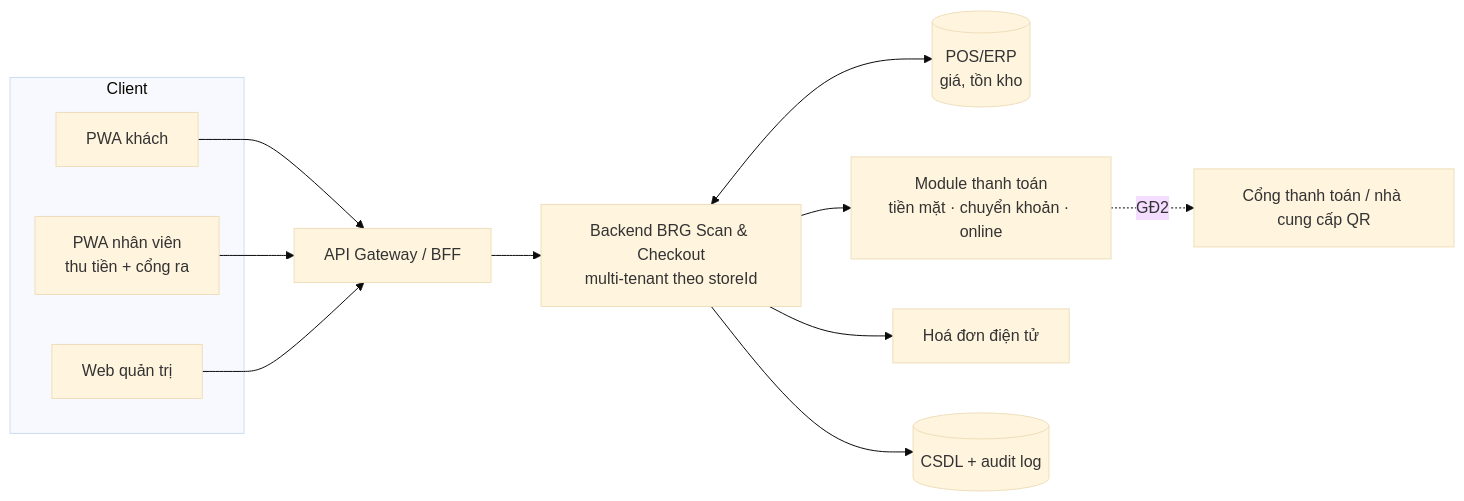
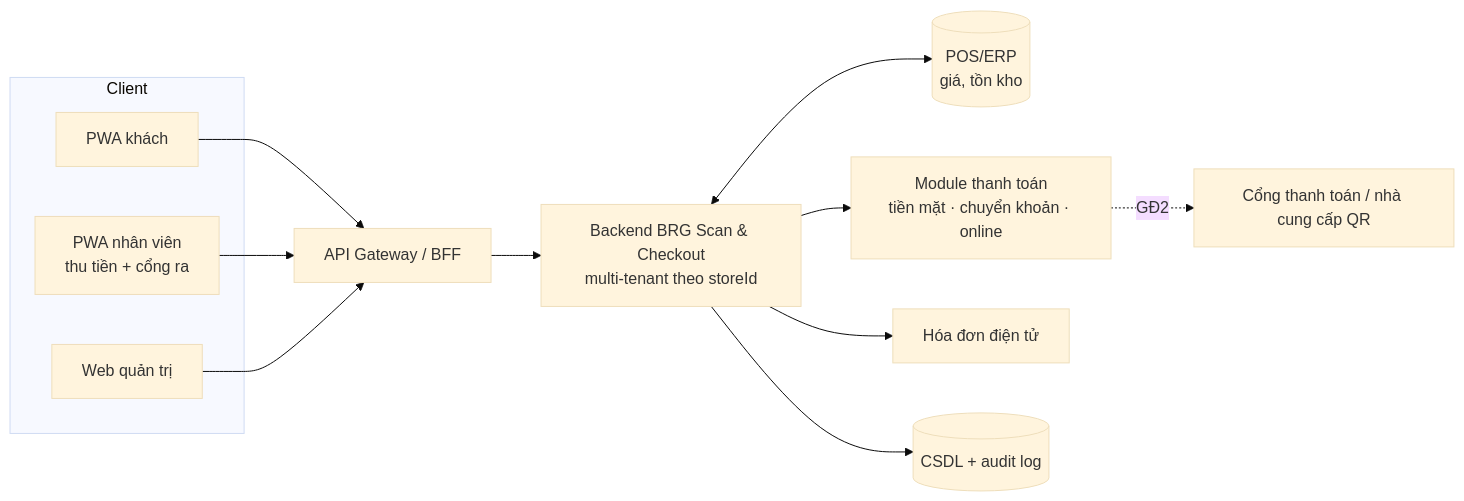
One commit to pth8081/Self-Checkout changed the diagram in docs/04-kien-truc-he-thong.md. Above: the diagram before and after it, drawn with Mermaid (base theme). The commit also changed other lines of this file and 94 other files, not shown here.

First line of the commit message:
Bỏ hẳn mã QR có danh sách hàng (BRG1): chỉ còn mã ngắn và API lấy hàng; điện thoại cần mạng để hiện mã; chuẩn hoá chính tả (hóa, khóa, hủy); cập nhật tài liệu

````diff
--- a/docs/04-kien-truc-he-thong.md
+++ b/docs/04-kien-truc-he-thong.md
@@ -9,15 +9,15 @@
 ```mermaid
 flowchart LR
     subgraph Client
       C[PWA khách]
       S[PWA nhân viên<br/>thu tiền + cổng ra]
       A[Web quản trị]
     end
     C & S & A --> GW[API Gateway / BFF]
     GW --> BE[Backend BRG Scan & Checkout<br/>multi-tenant theo storeId]
     BE <--> POS[(POS/ERP<br/>giá, tồn kho)]
     BE --> PM[Module thanh toán<br/>tiền mặt · chuyển khoản · online]
     PM -. GĐ2 .-> PAY[Cổng thanh toán / nhà cung cấp QR]
-    BE --> EINV[Hoá đơn điện tử]
+    BE --> EINV[Hóa đơn điện tử]
     BE --> DB[(CSDL + audit log)]
 ```
````
